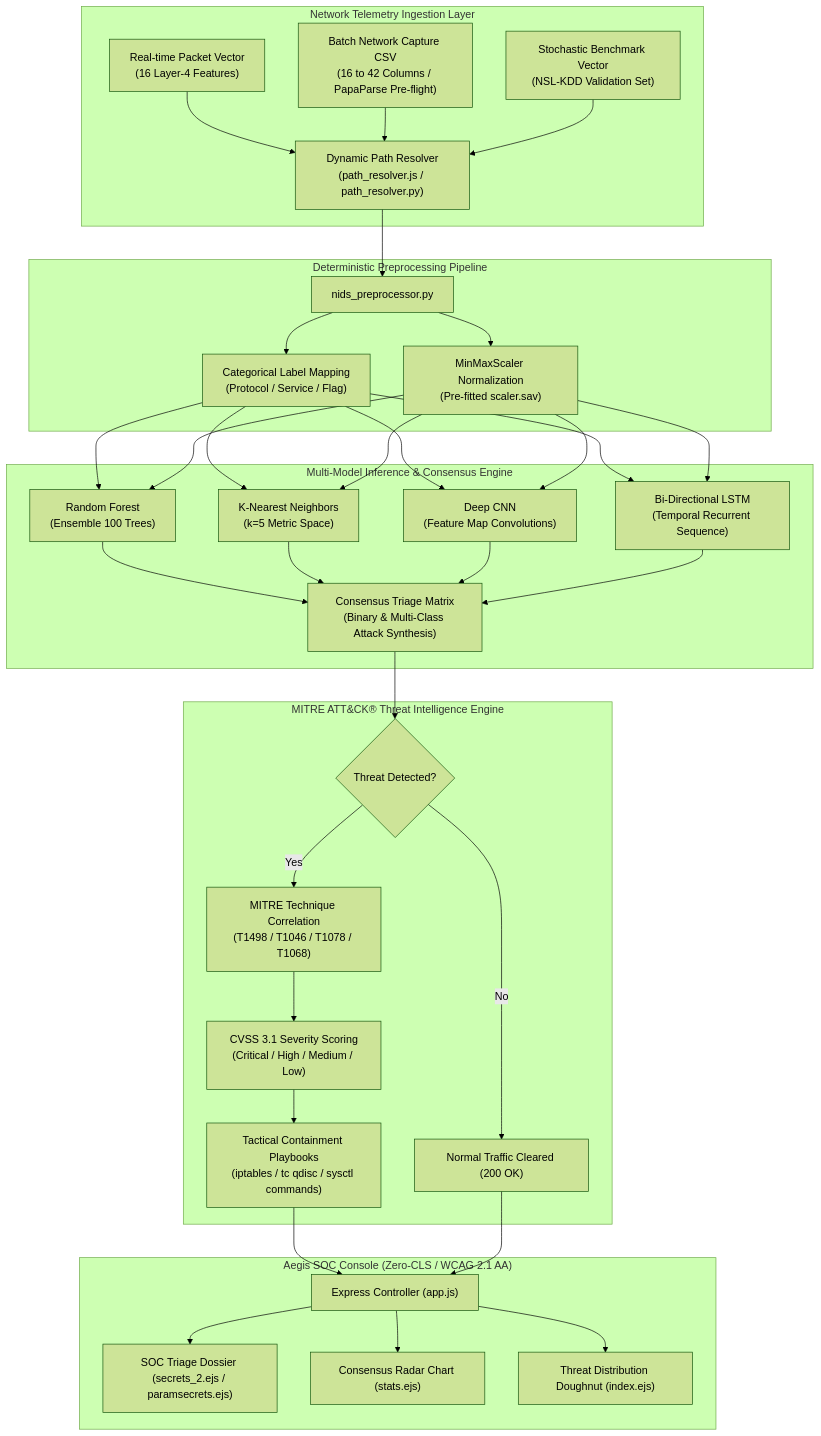
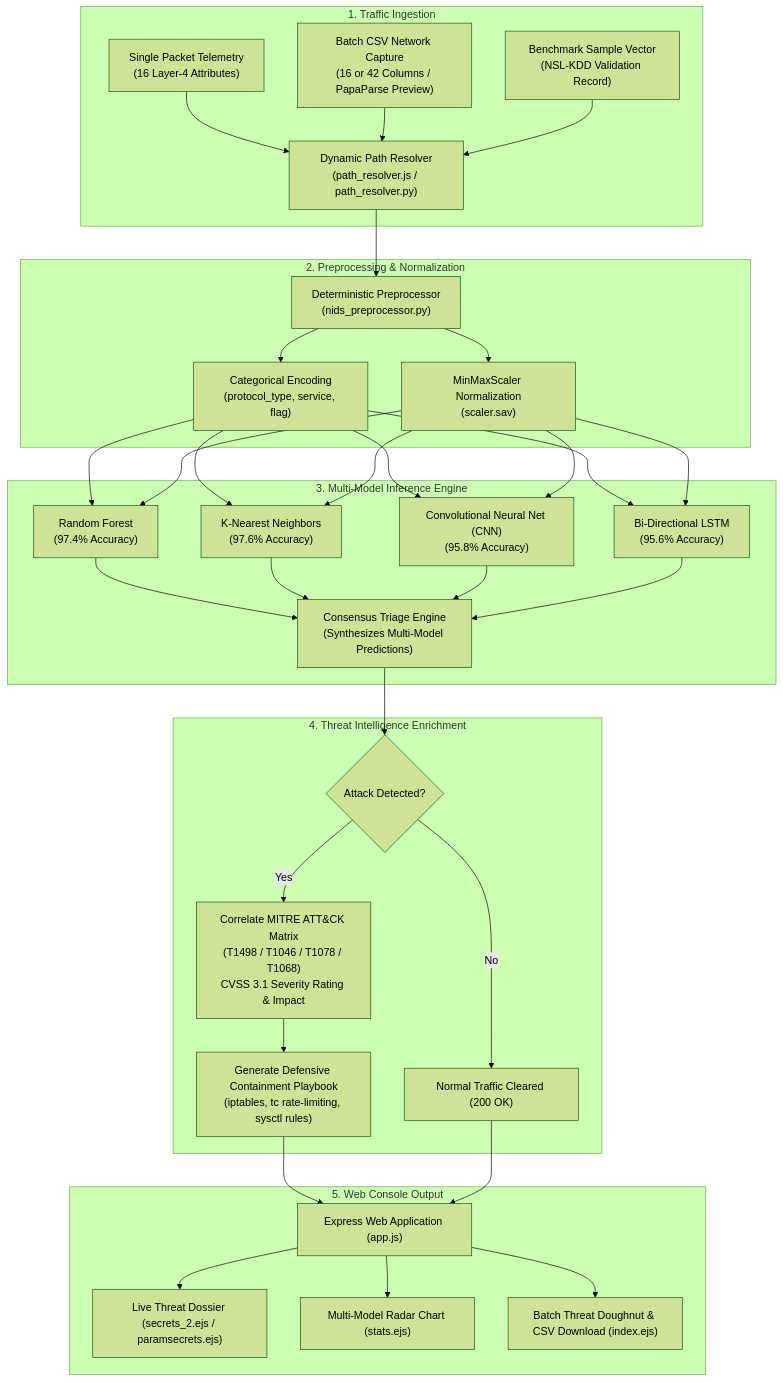
One commit to Alokkr00/network-intrusion-detection-analysis changed the diagram in README.md. Above: the diagram before and after it, drawn with Mermaid (forest theme). The commit also changed other lines of this file, not shown here.

Commit message:
docs: refine README to accurately reflect project architecture, ML models, and interactive dashboard

````diff
--- a/README.md
+++ b/README.md
@@ -37,37 +49,36 @@
 ```mermaid
 flowchart TD
-    subgraph INGESTION["Network Telemetry Ingestion Layer"]
-        A1["Real-time Packet Vector\n(16 Layer-4 Features)"] --> B["Dynamic Path Resolver\n(path_resolver.js / path_resolver.py)"]
-        A2["Batch Network Capture CSV\n(16 to 42 Columns / PapaParse Pre-flight)"] --> B
-        A3["Stochastic Benchmark Vector\n(NSL-KDD Validation Set)"] --> B
+    subgraph INGESTION["1. Traffic Ingestion"]
+        A1["Single Packet Telemetry\n(16 Layer-4 Attributes)"] --> B["Dynamic Path Resolver\n(path_resolver.js / path_resolver.py)"]
+        A2["Batch CSV Network Capture\n(16 or 42 Columns / PapaParse Preview)"] --> B
+        A3["Benchmark Sample Vector\n(NSL-KDD Validation Record)"] --> B
     end
 
-    subgraph PREPROCESSING["Deterministic Preprocessing Pipeline"]
-        B --> C["nids_preprocessor.py"]
-        C --> C1["Categorical Label Mapping\n(Protocol / Service / Flag)"]
-        C --> C2["MinMaxScaler Normalization\n(Pre-fitted scaler.sav)"]
+    subgraph PREPROCESS["2. Preprocessing & Normalization"]
+        B --> C["Deterministic Preprocessor\n(nids_preprocessor.py)"]
+        C --> C1["Categorical Encoding\n(protocol_type, service, flag)"]
+        C --> C2["MinMaxScaler Normalization\n(scaler.sav)"]
     end
 
-    subgraph INFERENCE["Multi-Model Inference & Consensus Engine"]
-        C1 & C2 --> D1["Random Forest\n(Ensemble 100 Trees)"]
-        C1 & C2 --> D2["K-Nearest Neighbors\n(k=5 Metric Space)"]
-        C1 & C2 --> D3["Deep CNN\n(Feature Map Convolutions)"]
-        C1 & C2 --> D4["Bi-Directional LSTM\n(Temporal Recurrent Sequence)"]
-        D1 & D2 & D3 & D4 --> E["Consensus Triage Matrix\n(Binary & Multi-Class Attack Synthesis)"]
+    subgraph MODELS["3. Multi-Model Inference Engine"]
+        C1 & C2 --> M1["Random Forest\n(97.4% Accuracy)"]
+        C1 & C2 --> M2["K-Nearest Neighbors\n(97.6% Accuracy)"]
+        C1 & C2 --> M3["Convolutional Neural Net (CNN)\n(95.8% Accuracy)"]
+        C1 & C2 --> M4["Bi-Directional LSTM\n(95.6% Accuracy)"]
+        M1 & M2 & M3 & M4 --> CONSENSUS["Consensus Triage Engine\n(Synthesizes Multi-Model Predictions)"]
     end
 
-    subgraph ENRICHMENT["MITRE ATT&CK® Threat Intelligence Engine"]
-        E --> F1{"Threat Detected?"}
-        F1 -- Yes --> F2["MITRE Technique Correlation\n(T1498 / T1046 / T1078 / T1068)"]
-        F2 --> F3["CVSS 3.1 Severity Scoring\n(Critical / High / Medium / Low)"]
-        F3 --> F4["Tactical Containment Playbooks\n(iptables / tc qdisc / sysctl commands)"]
-        F1 -- No --> F5["Normal Traffic Cleared (200 OK)"]
+    subgraph MITRE["4. Threat Intelligence Enrichment"]
+        CONSENSUS --> MITRE_CHECK{"Attack Detected?"}
+        MITRE_CHECK -- Yes --> MITRE_DATA["Correlate MITRE ATT&CK Matrix\n(T1498 / T1046 / T1078 / T1068)\nCVSS 3.1 Severity Rating & Impact"]
+        MITRE_DATA --> PLAYBOOK["Generate Defensive Containment Playbook\n(iptables, tc rate-limiting, sysctl rules)"]
+        MITRE_CHECK -- No --> BENIGN["Normal Traffic Cleared (200 OK)"]
     end
 
-    subgraph UI["Aegis SOC Console (Zero-CLS / WCAG 2.1 AA)"]
-        F4 & F5 --> G["Express Controller (app.js)"]
-        G --> H1["SOC Triage Dossier (secrets_2.ejs / paramsecrets.ejs)"]
-        G --> H2["Consensus Radar Chart (stats.ejs)"]
-        G --> H3["Threat Distribution Doughnut (index.ejs)"]
+    subgraph DASHBOARD["5. Web Console Output"]
+        PLAYBOOK & BENIGN --> WEB["Express Web Application (app.js)"]
+        WEB --> V1["Live Threat Dossier (secrets_2.ejs / paramsecrets.ejs)"]
+        WEB --> V2["Multi-Model Radar Chart (stats.ejs)"]
+        WEB --> V3["Batch Threat Doughnut & CSV Download (index.ejs)"]
     end
 ```
````
